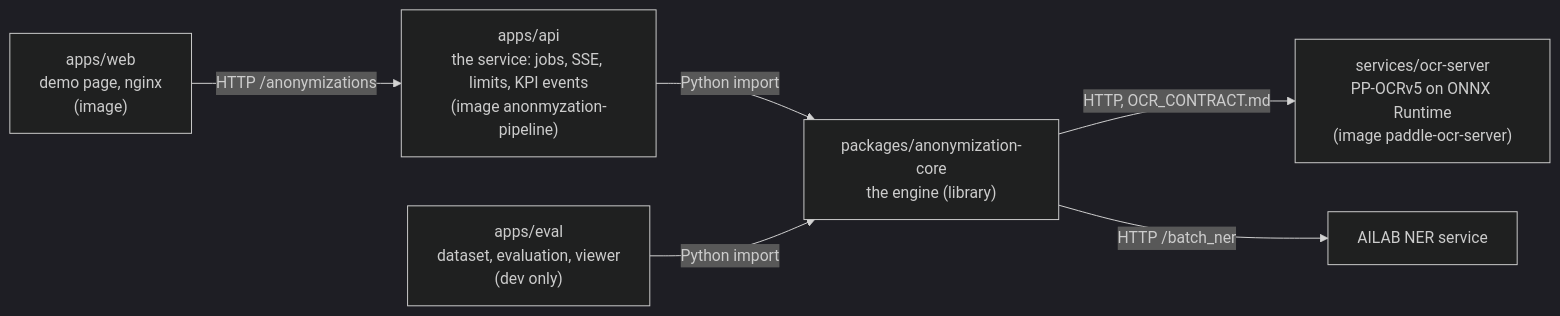
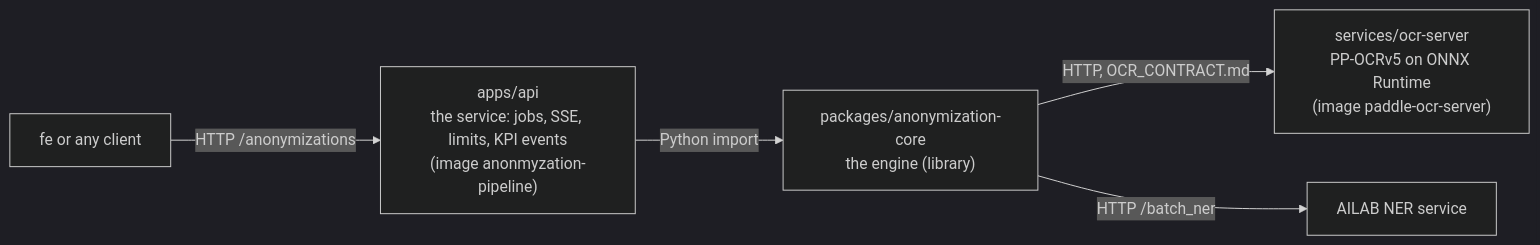
One commit to BVTECH-AILAB/anonymization-pipeline changed the second of 2 diagrams in README.md. Above: the diagram before and after it, drawn with Mermaid (dark theme). The commit also changed other lines of this file and 47 other files, not shown here.

First line of the commit message:
refactor: keep only the backend: engine, API and OCR server

````diff
--- a/README.md
+++ b/README.md
@@ -170,8 +162,7 @@
 ```mermaid
 flowchart LR
-    WEB["apps/web<br/>demo page, nginx<br/>(image)"] -- "HTTP /anonymizations" --> API
+    CLIENT["fe or any client"] -- "HTTP /anonymizations" --> API
     API["apps/api<br/>the service: jobs, SSE, limits, KPI events<br/>(image anonmyzation-pipeline)"] -- "Python import" --> CORE
-    EVAL["apps/eval<br/>dataset, evaluation, viewer<br/>(dev only)"] -- "Python import" --> CORE
     CORE["packages/anonymization-core<br/>the engine (library)"] -- "HTTP, OCR_CONTRACT.md" --> OCR["services/ocr-server<br/>PP-OCRv5 on ONNX Runtime<br/>(image paddle-ocr-server)"]
     CORE -- "HTTP /batch_ner" --> NER["AILAB NER service"]
 ```
````
